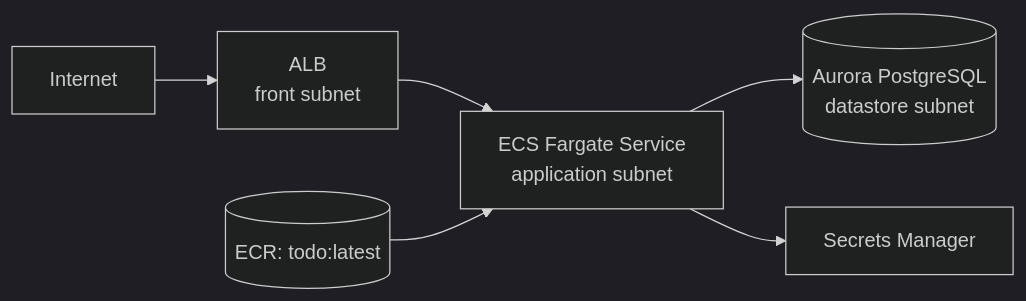
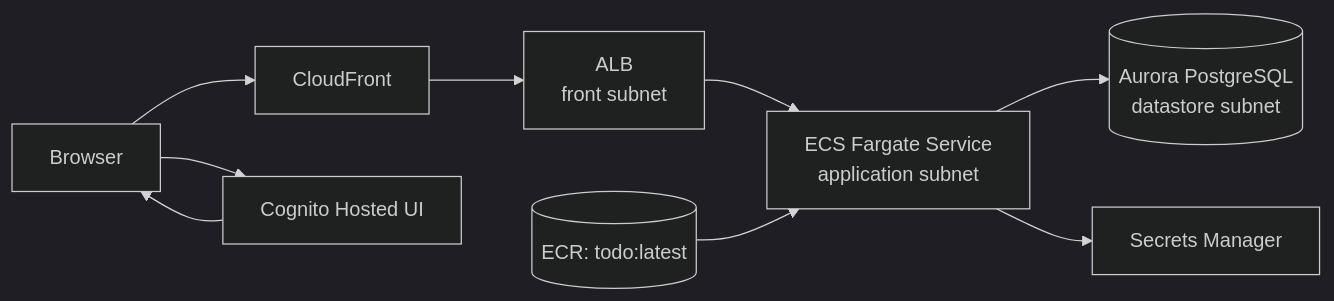
One commit to rafty/Todo-ECS-Sample changed the diagram in docs/infra/ecs-aurora-runtime-baseline.md. Above: the diagram before and after it, drawn with Mermaid (dark theme). The commit also changed other lines of this file and 28 other files, not shown here.

First line of the commit message:
# feat(infra,backend): CloudFront/Cognito連携とJWT認証付きTodo APIを実装

````diff
--- a/docs/infra/ecs-aurora-runtime-baseline.md
+++ b/docs/infra/ecs-aurora-runtime-baseline.md
@@ -10,8 +10,12 @@
 ```mermaid
 flowchart LR
-  Internet[Internet] --> ALB[ALB</br>front subnet]
-  ALB --> ECS[ECS Fargate Service</br>application subnet]
+  User[Browser] --> CF[CloudFront]
+  CF --> ALB[ALB<br/>front subnet]
+  ALB --> ECS[ECS Fargate Service<br/>application subnet]
   ECS --> RDS[(Aurora PostgreSQL<br/>datastore subnet)]
   ECS --> SM[Secrets Manager]
   ECR[(ECR: todo:latest)] --> ECS
+
+  User --> COGUI[Cognito Hosted UI]
+  COGUI --> User
 ```
````
